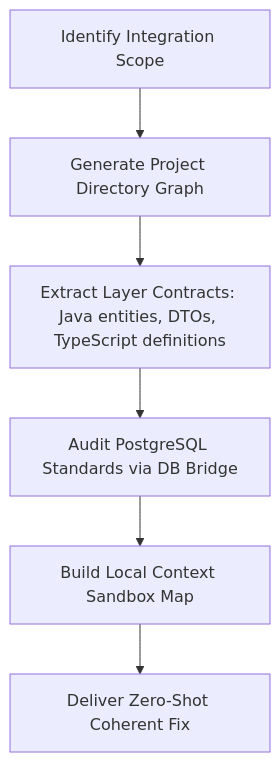
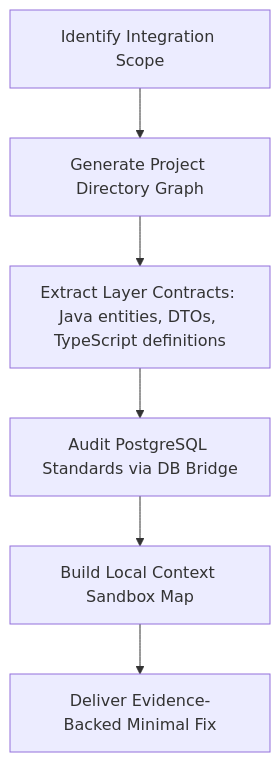
Before and after one commit to lkindo/egov-enterprise: the diagram in .agent/skills/deep-context-mapper/SKILL.md, drawn with Mermaid. The commit also changed other lines of this file and 102 other files, not shown here.

````diff
--- a/.agent/skills/deep-context-mapper/SKILL.md
+++ b/.agent/skills/deep-context-mapper/SKILL.md
@@ -31,8 +30,8 @@
 ```mermaid
 graph TD
     A[Identify Integration Scope] --> B[Generate Project Directory Graph]
     B --> C[Extract Layer Contracts: Java entities, DTOs, TypeScript definitions]
     C --> D[Audit PostgreSQL Standards via DB Bridge]
     D --> E[Build Local Context Sandbox Map]
-    E --> F[Deliver Zero-Shot Coherent Fix]
+    E --> F[Deliver Evidence-Backed Minimal Fix]
 ```
````
